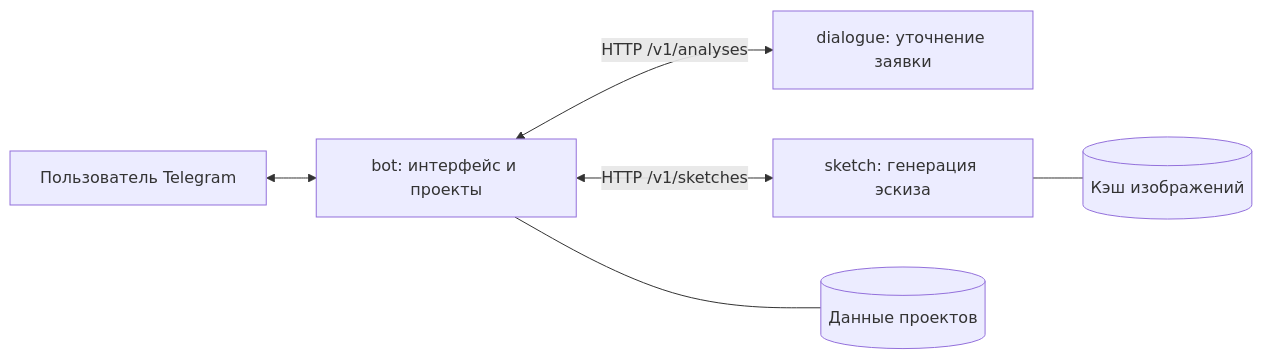
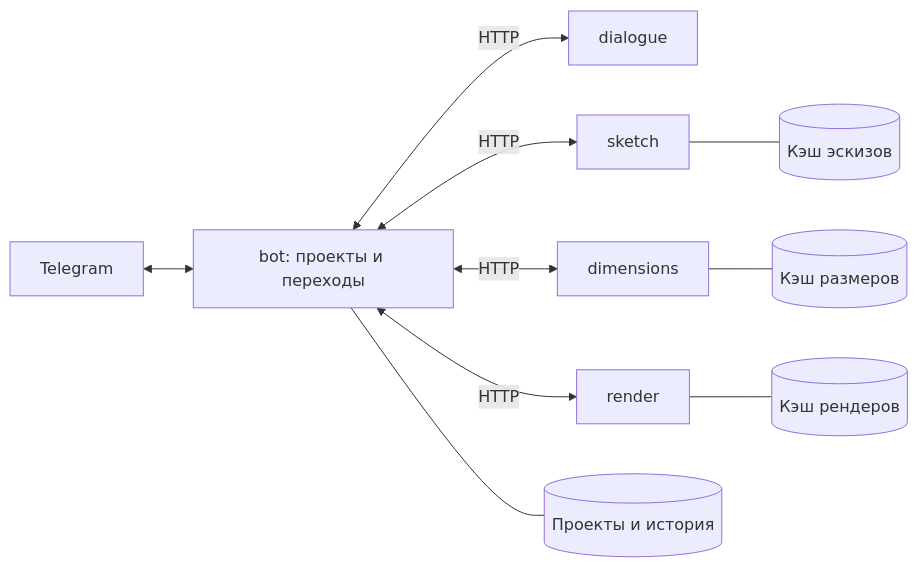
One commit to stetsenko-s/furniture-bot changed the diagram in docs/architecture.md. Above: the diagram before and after it, drawn with Mermaid. The commit also changed other lines of this file and 45 other files, not shown here.

````diff
--- a/docs/architecture.md
+++ b/docs/architecture.md
@@ -40,8 +36,12 @@
 ```mermaid
 flowchart LR
-    U[Пользователь Telegram] <--> B[bot: интерфейс и проекты]
-    B <-->|HTTP /v1/analyses| D[dialogue: уточнение заявки]
-    B <-->|HTTP /v1/sketches| S[sketch: генерация эскиза]
-    B --- DB[(Данные проектов)]
-    S --- SC[(Кэш изображений)]
+    U[Telegram] <--> B[bot: проекты и переходы]
+    B <-->|HTTP| D[dialogue]
+    B <-->|HTTP| S[sketch]
+    B <-->|HTTP| M[dimensions]
+    B <-->|HTTP| R[render]
+    B --- DB[(Проекты и история)]
+    S --- SC[(Кэш эскизов)]
+    M --- MC[(Кэш размеров)]
+    R --- RC[(Кэш рендеров)]
 ```
````
